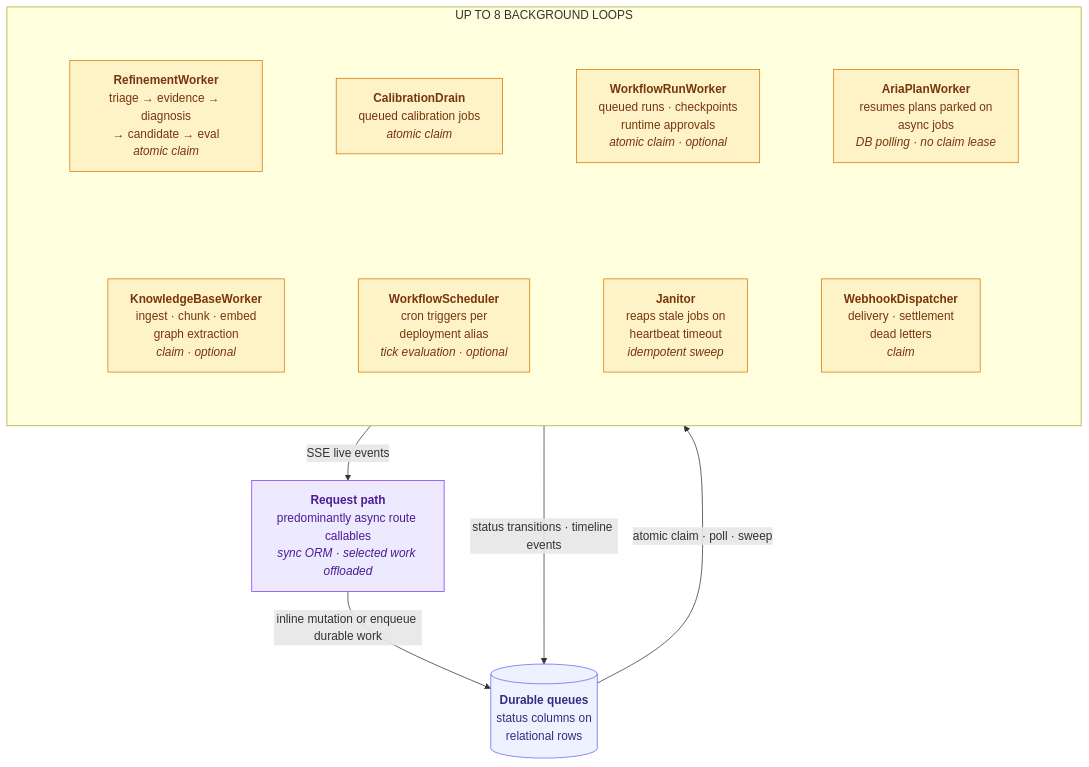
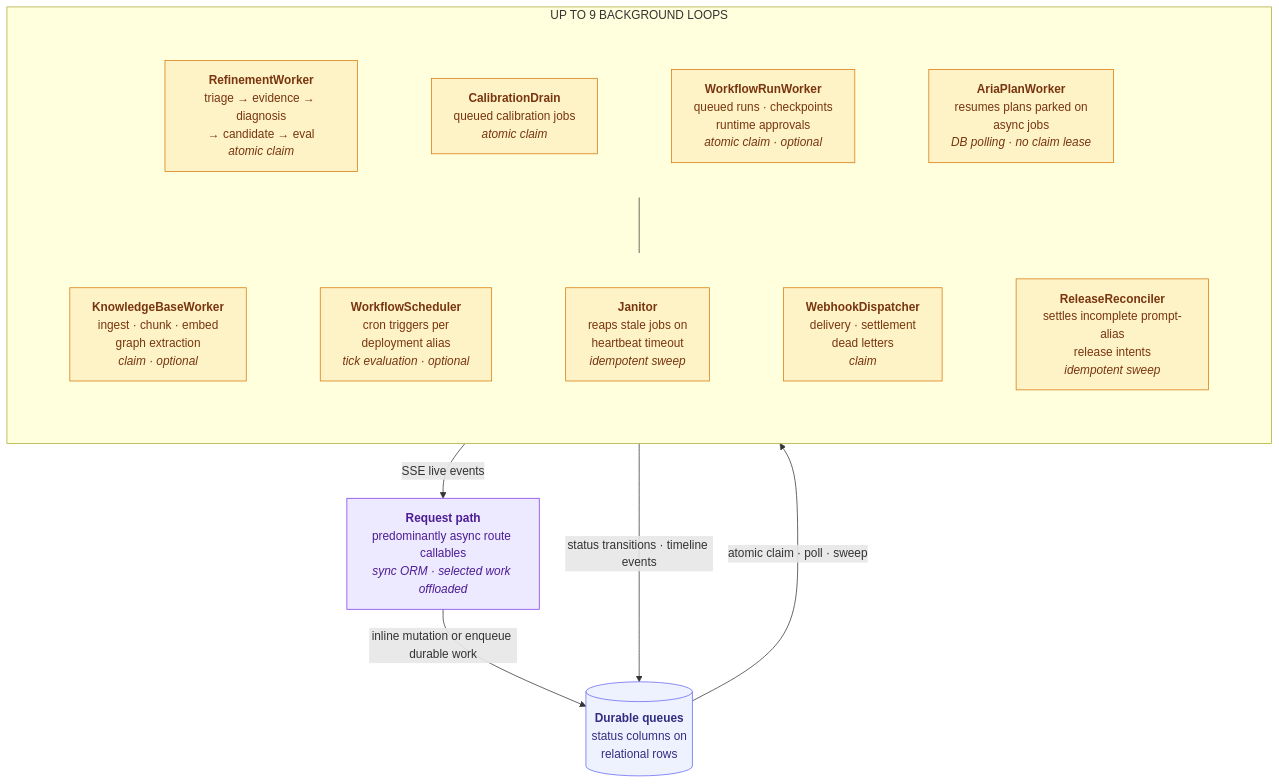
The sixth of 8 diagrams in ARCHITECTURE.md (rrahimi-uci/caliber-suite), drawn with Mermaid before and after one commit. The commit also changed other lines of this file and 55 other files, not shown here.

````diff
--- a/ARCHITECTURE.md
+++ b/ARCHITECTURE.md
@@ -405,39 +405,40 @@
 ```mermaid
 flowchart TB
     REQ["<b>Request path</b><br/>predominantly async route callables<br/><i>sync ORM · selected work offloaded</i>"]:::ctrl
     Q[("<b>Durable queues</b><br/>status columns on<br/>relational rows")]:::store
 
-    subgraph LOOPS["UP TO 8 BACKGROUND LOOPS"]
+    subgraph LOOPS["UP TO 9 BACKGROUND LOOPS"]
       direction TB
       subgraph WA[" "]
         direction LR
         w1["<b>RefinementWorker</b><br/>triage → evidence → diagnosis<br/>→ candidate → eval<br/><i>atomic claim</i>"]:::async
         w2["<b>CalibrationDrain</b><br/>queued calibration jobs<br/><i>atomic claim</i>"]:::async
         w3["<b>WorkflowRunWorker</b><br/>queued runs · checkpoints<br/>runtime approvals<br/><i>atomic claim · optional</i>"]:::async
         w4["<b>AriaPlanWorker</b><br/>resumes plans parked on<br/>async jobs<br/><i>DB polling · no claim lease</i>"]:::async
         w1 --- w2 --- w3 --- w4
       end
       subgraph WB[" "]
         direction LR
         w5["<b>KnowledgeBaseWorker</b><br/>ingest · chunk · embed<br/>graph extraction<br/><i>claim · optional</i>"]:::async
         w6["<b>WorkflowScheduler</b><br/>cron triggers per<br/>deployment alias<br/><i>tick evaluation · optional</i>"]:::async
         w7["<b>Janitor</b><br/>reaps stale jobs on<br/>heartbeat timeout<br/><i>idempotent sweep</i>"]:::async
         w8["<b>WebhookDispatcher</b><br/>delivery · settlement<br/>dead letters<br/><i>claim</i>"]:::async
-        w5 --- w6 --- w7 --- w8
+        w9["<b>ReleaseReconciler</b><br/>settles incomplete prompt-alias<br/>release intents<br/><i>idempotent sweep</i>"]:::async
+        w5 --- w6 --- w7 --- w8 --- w9
       end
       WA --- WB
     end
 
     REQ -->|"inline mutation or enqueue durable work"| Q
     Q -->|"atomic claim · poll · sweep"| LOOPS
     LOOPS -->|"status transitions · timeline events"| Q
     LOOPS -->|"SSE live events"| REQ
 
     linkStyle 0,1,2,3,4,5,6 stroke:transparent,stroke-width:0px
     style WA fill:none,stroke:none
     style WB fill:none,stroke:none
 
     classDef ctrl fill:#ede9fe,stroke:#7c3aed,color:#4c1d95;
     classDef store fill:#eef2ff,stroke:#6366f1,color:#312e81;
     classDef async fill:#fef3c7,stroke:#d97706,color:#78350f;
 ```
````
